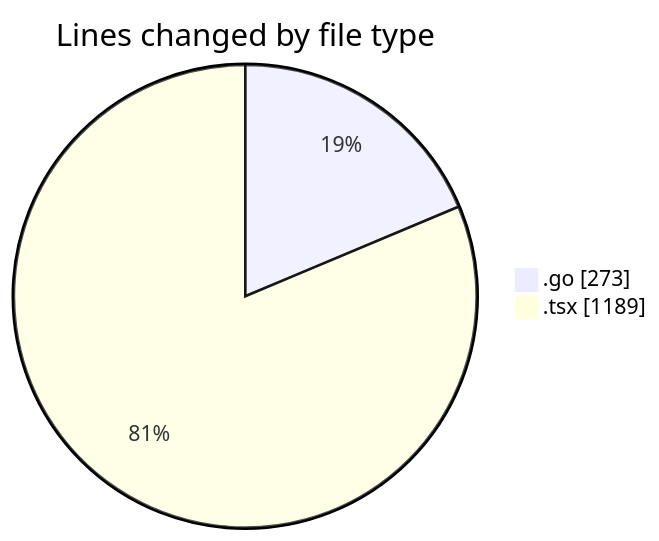
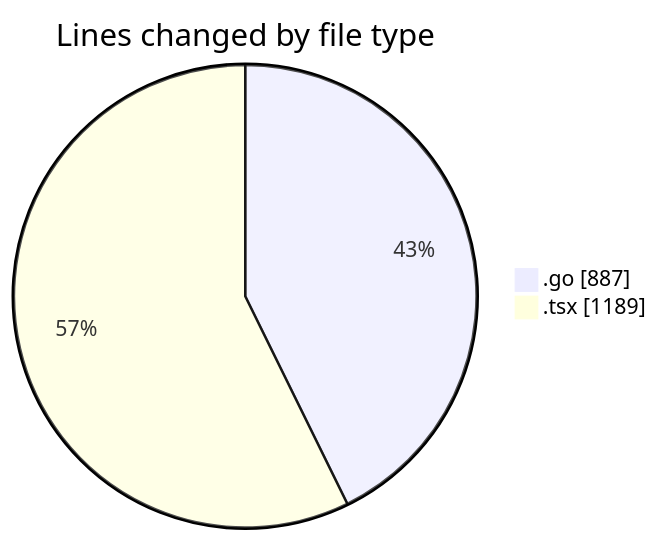
Before and after one commit to robertbonfada/code-tracking: the first of 2 diagrams in 2025-03-05/termonied_testador/README.md, drawn with Mermaid. The commit also changed other lines of this file and 1 other file, not shown here.

````diff
--- a/2025-03-05/termonied_testador/README.md
+++ b/2025-03-05/termonied_testador/README.md
@@ -25,6 +26,6 @@
 ```mermaid
 pie showData
 title Lines changed by file type
-".go" : 273
+".go" : 887
 ".tsx" : 1189
 ```
````
